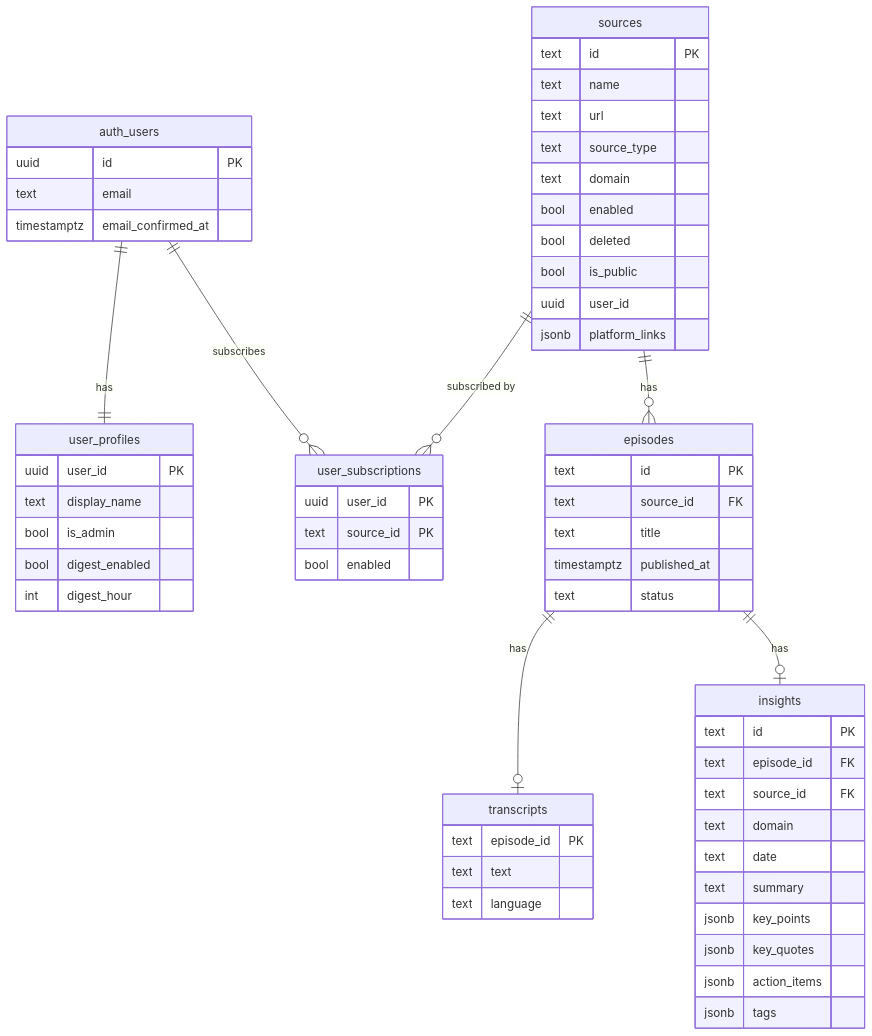
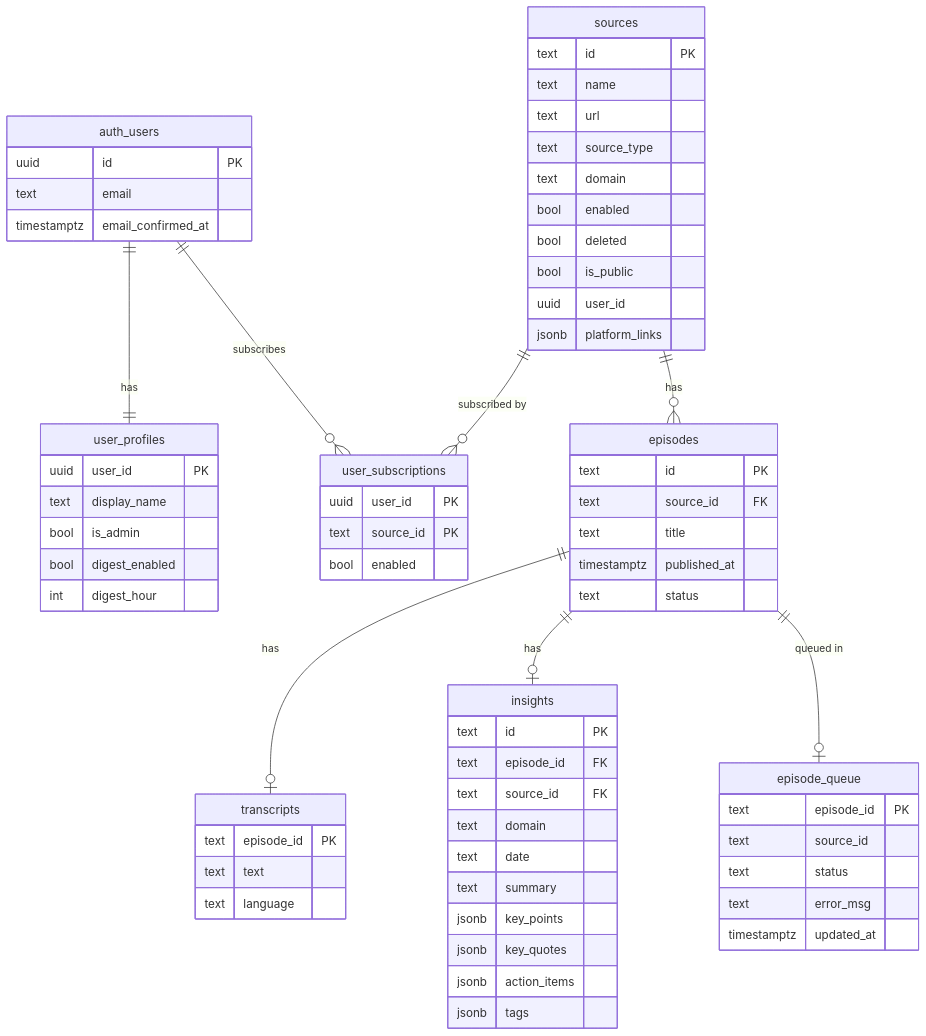
The second of 2 diagrams in docs/architecture.md (vtghub/PodcastsSummarizer), drawn with Mermaid before and after one commit. The commit also changed other lines of this file and 2 other files, not shown here.

Commit message:
docs: update architecture and workflow diagrams post-PRs #62 and #64

````diff
--- a/docs/architecture.md
+++ b/docs/architecture.md
@@ -120,63 +123,72 @@
 ```mermaid
 erDiagram
     auth_users {
         uuid id PK
         text email
         timestamptz email_confirmed_at
     }
     user_profiles {
         uuid user_id PK
         text display_name
         bool is_admin
         bool digest_enabled
         int  digest_hour
     }
     user_subscriptions {
         uuid user_id PK
         text source_id PK
         bool enabled
     }
     sources {
         text id PK
         text name
         text url
         text source_type
         text domain
         bool enabled
         bool deleted
         bool is_public
         uuid user_id
         jsonb platform_links
     }
     episodes {
         text id PK
         text source_id FK
         text title
         timestamptz published_at
         text status
     }
     transcripts {
         text episode_id PK
         text text
         text language
     }
     insights {
         text id PK
         text episode_id FK
         text source_id FK
         text domain
         text date
         text summary
         jsonb key_points
         jsonb key_quotes
         jsonb action_items
         jsonb tags
     }
 
+    episode_queue {
+        text episode_id PK
+        text source_id
+        text status
+        text error_msg
+        timestamptz updated_at
+    }
+
     auth_users ||--|| user_profiles : "has"
     auth_users ||--o{ user_subscriptions : "subscribes"
     sources ||--o{ user_subscriptions : "subscribed by"
     sources ||--o{ episodes : "has"
     episodes ||--o| transcripts : "has"
     episodes ||--o| insights : "has"
+    episodes ||--o| episode_queue : "queued in"
 ```
````
